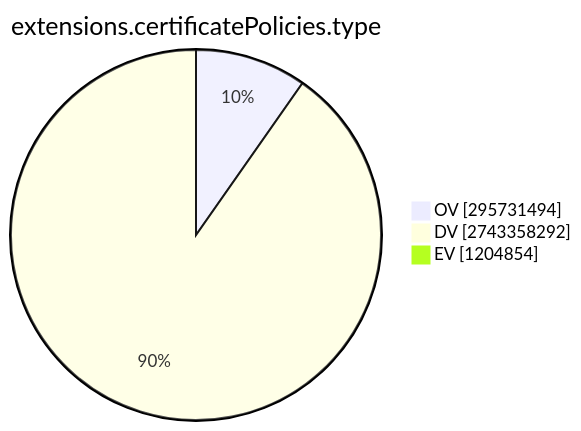
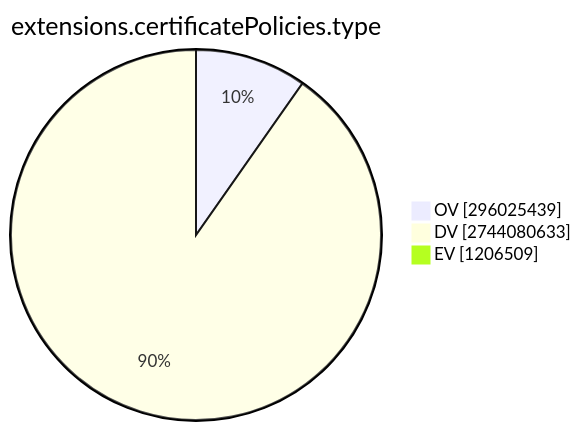
Before and after one commit to christiankrug/ctmonitor_visualization: the ninth of 15 diagrams in TOTAL/README.md, drawn with Mermaid. The commit also changed other lines of this file, not shown here.

````diff
--- a/TOTAL/README.md
+++ b/TOTAL/README.md
@@ -3097,7 +3098,7 @@
 ```mermaid
 pie showData
 title extensions.certificatePolicies.type
-"OV" :295731494
-"DV" :2743358292
-"EV" :1204854
+"OV" :296025439
+"DV" :2744080633
+"EV" :1206509
 ```
````
